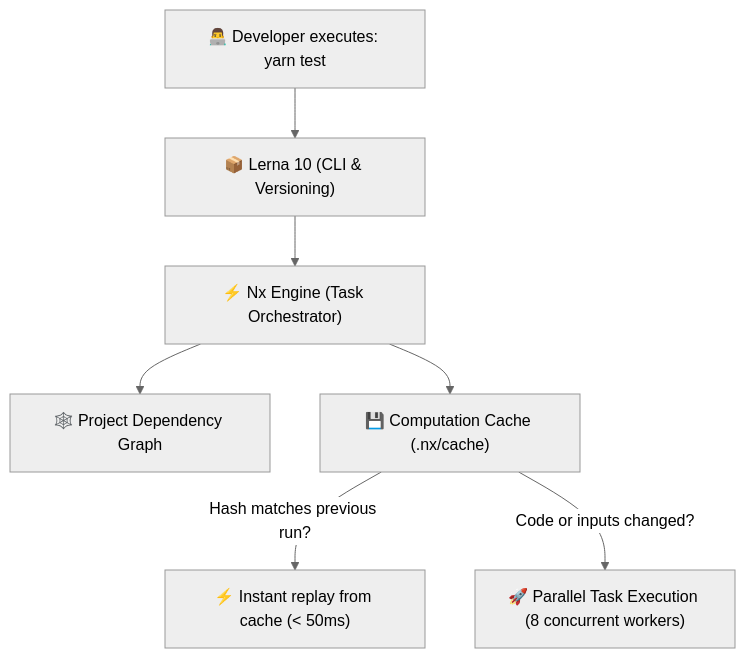
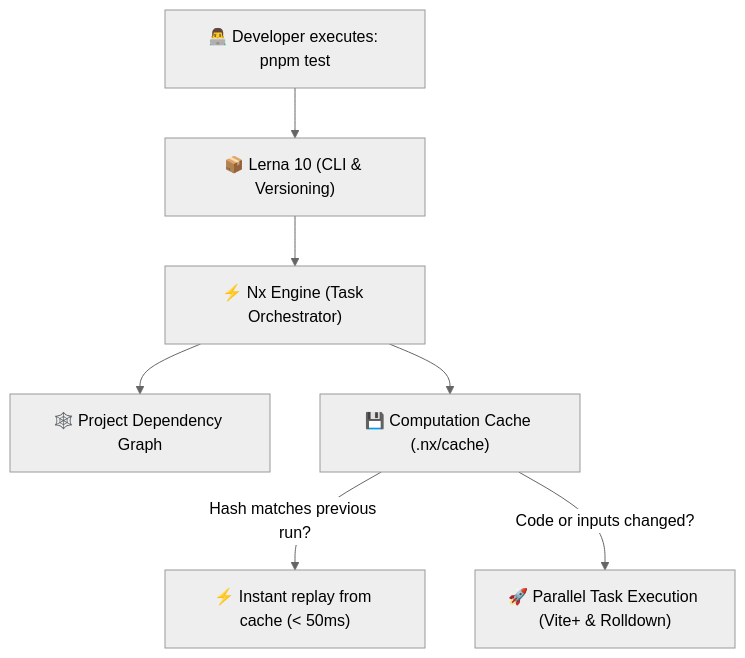
The diagram in docs/MONOREPO_GUIDE.md (nelomr/components-kit), drawn with Mermaid (neutral theme) before and after one commit. The commit also changed other lines of this file and 72 other files, not shown here.

First line of the commit message:
feat(toolchain): migrate monorepo to Vite+, Vitest 5, pnpm, and modern Storybook 10

````diff
--- a/docs/MONOREPO_GUIDE.md
+++ b/docs/MONOREPO_GUIDE.md
@@ -69,16 +70,16 @@
 ```mermaid
 flowchart TD
-    User["👨‍💻 Developer executes: yarn test"]
+    User["👨‍💻 Developer executes: pnpm test"]
     Lerna["📦 Lerna 10 (CLI & Versioning)"]
     Nx["⚡ Nx Engine (Task Orchestrator)"]
     Graph["🕸️ Project Dependency Graph"]
     Cache["💾 Computation Cache (.nx/cache)"]
-    Exec["🚀 Parallel Task Execution (8 concurrent workers)"]
+    Exec["🚀 Parallel Task Execution (Vite+ & Rolldown)"]
 
     User --> Lerna
     Lerna --> Nx
     Nx --> Graph
     Nx --> Cache
     Cache -->|Hash matches previous run?| Instant["⚡ Instant replay from cache (< 50ms)"]
     Cache -->|Code or inputs changed?| Exec
 ```
````
